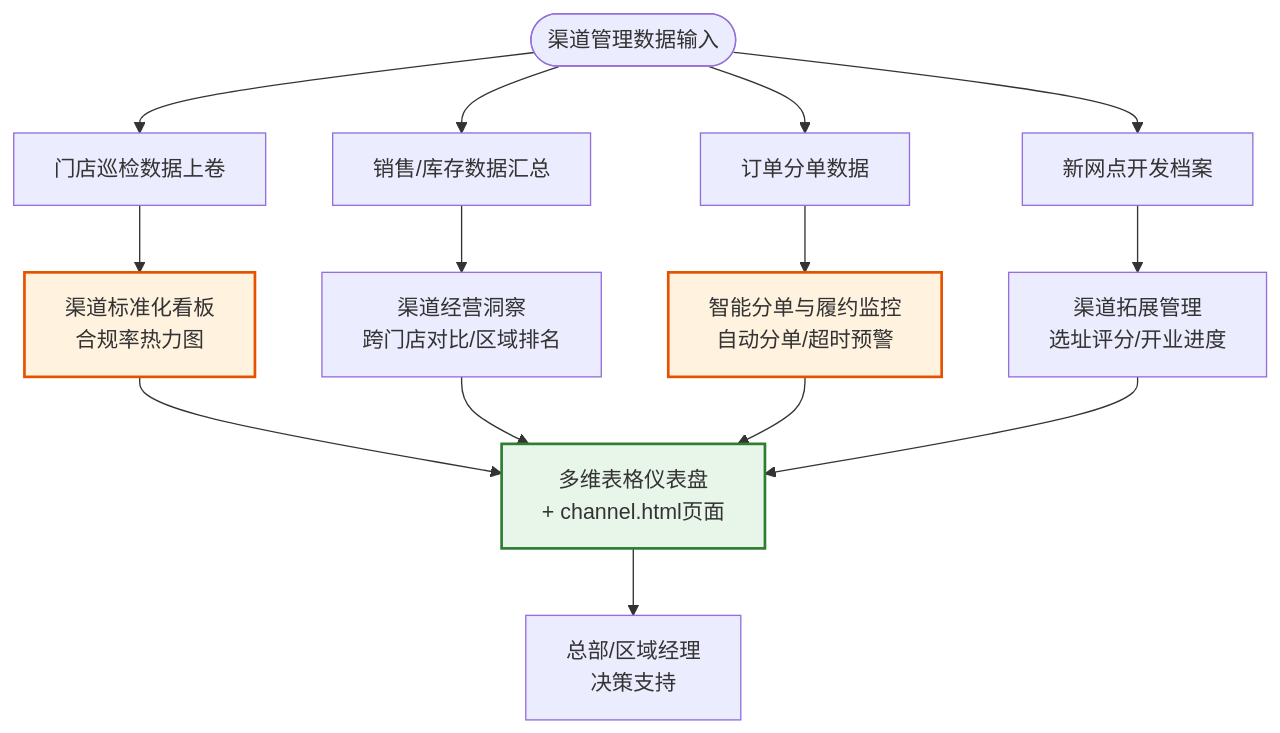
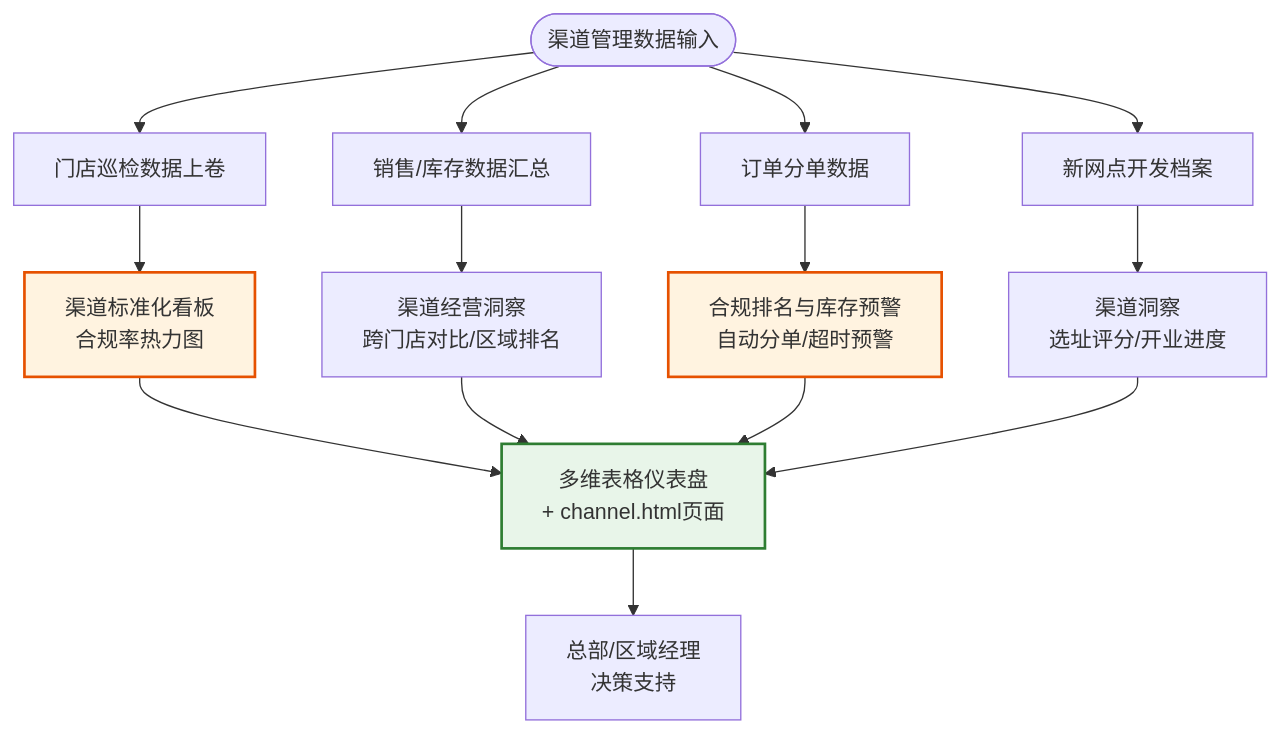
One commit to yunmm123/yuhong-smart-store changed the tenth of 17 diagrams in docs/02_技术方案架构设计文档.md. Above: the diagram before and after it, drawn with Mermaid. The commit also changed other lines of this file and 28 other files, not shown here.

````diff
--- a/docs/02_技术方案架构设计文档.md
+++ b/docs/02_技术方案架构设计文档.md
@@ -615,20 +615,20 @@
 ```mermaid
 flowchart TB
     Start(["渠道管理数据输入"]) --> D1["门店巡检数据上卷"]
     Start --> D2["销售/库存数据汇总"]
     Start --> D3["订单分单数据"]
     D1 --> E1["渠道标准化看板\n合规率热力图"]
     D2 --> E2["渠道经营洞察\n跨门店对比/区域排名"]
-    D3 --> E3["智能分单与履约监控\n自动分单/超时预警"]
+    D3 --> E3["合规排名与库存预警\n自动分单/超时预警"]
     Start --> D4["新网点开发档案"]
-    D4 --> E4["渠道拓展管理\n选址评分/开业进度"]
+    D4 --> E4["渠道洞察\n选址评分/开业进度"]
     E1 --> F1["多维表格仪表盘\n+ channel.html页面"]
     E2 --> F1
     E3 --> F1
     E4 --> F1
     F1 --> G1["总部/区域经理\n决策支持"]
 
     style E1 fill:#FFF3E0,stroke:#E65100,stroke-width:2px
     style E3 fill:#FFF3E0,stroke:#E65100,stroke-width:2px
     style F1 fill:#E8F5E9,stroke:#2E7D32,stroke-width:2px
 ```
````
